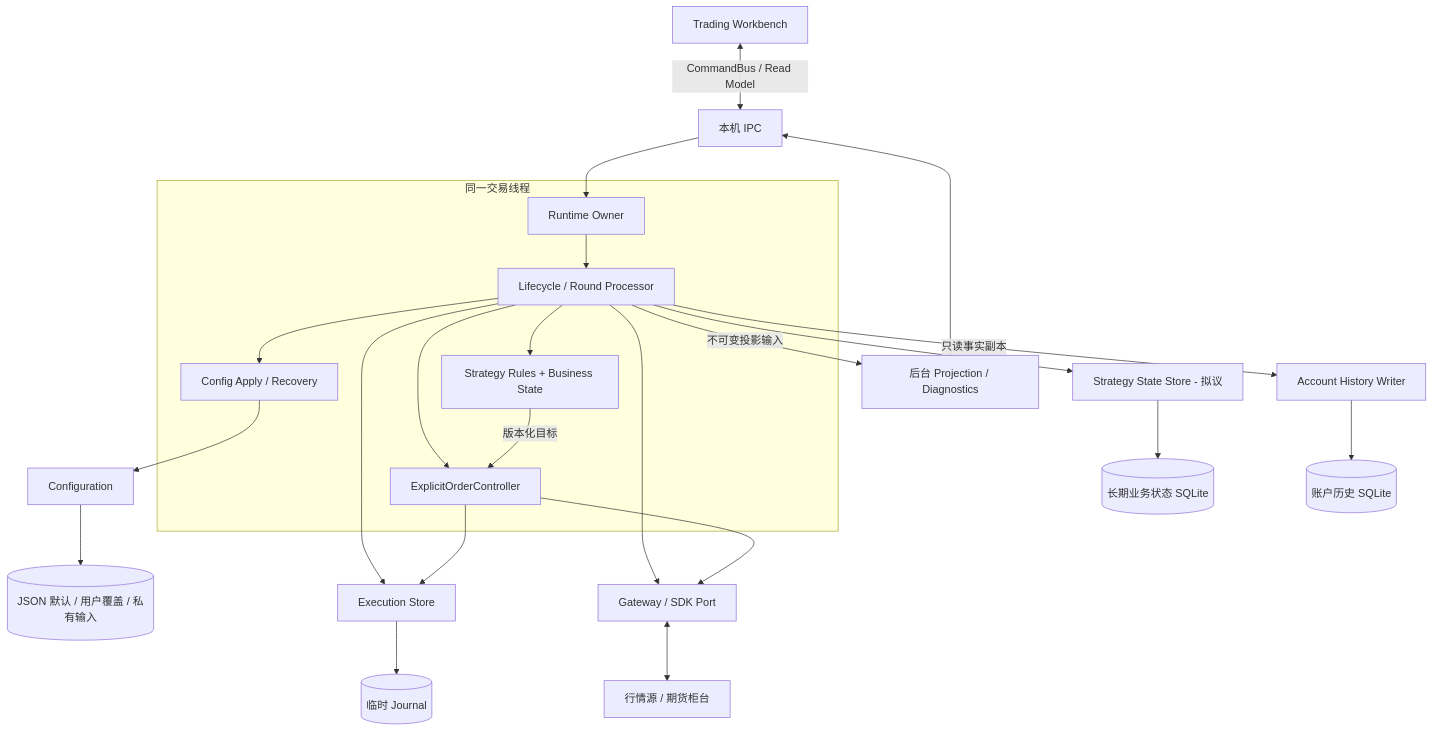
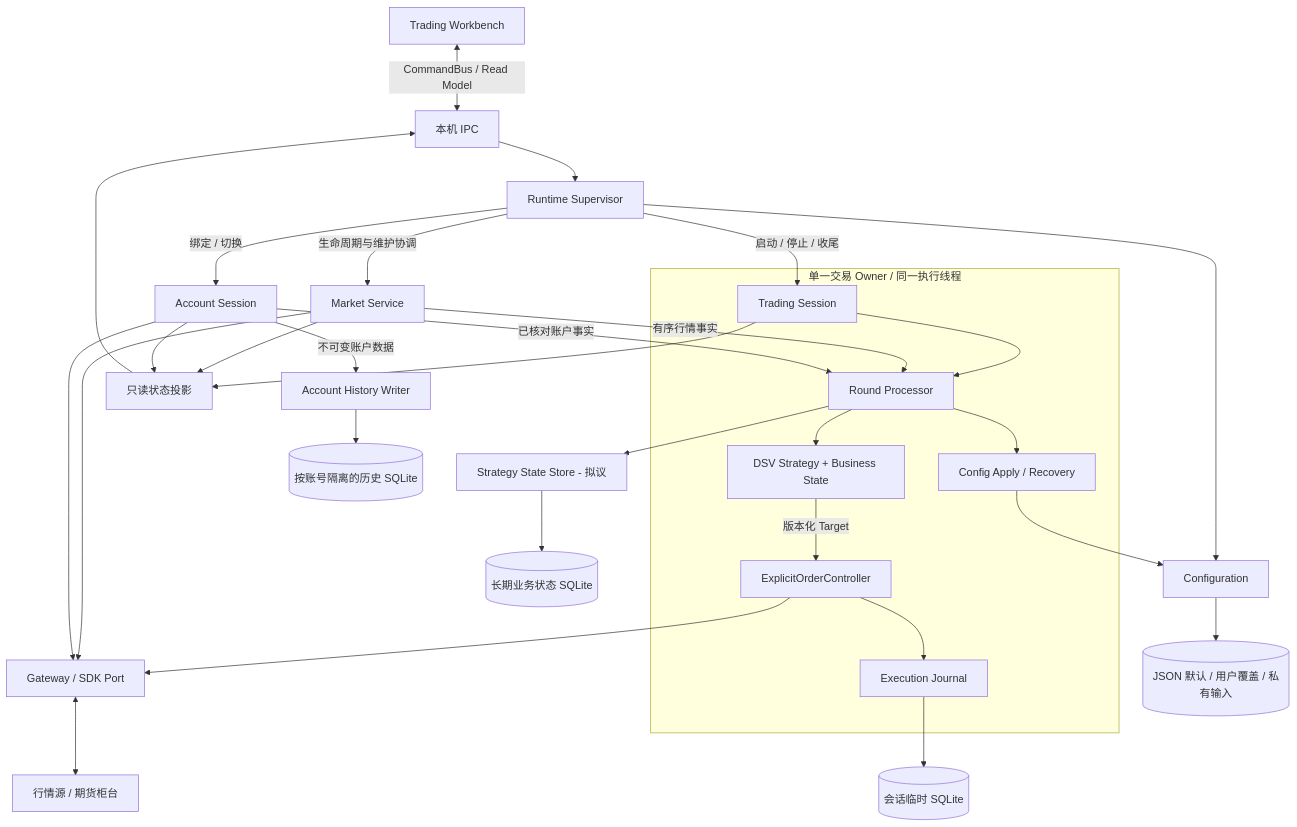
Before and after one commit to Yoruto/OnlineTrader: the first of 7 diagrams in docs/refactor/configuration-persistence-runtime-architecture-20261124.md, drawn with Mermaid. The commit also changed other lines of this file, not shown here.

Commit message:
docs: revise base architecture with runtime lifecycle and trading session separation

````diff
--- a/docs/refactor/configuration-persistence-runtime-architecture-20261124.md
+++ b/docs/refactor/configuration-persistence-runtime-architecture-20261124.md
@@ -53,26 +60,33 @@
 ```mermaid
 flowchart TD
     W[Trading Workbench] <-->|CommandBus / Read Model| IPC[本机 IPC]
-    IPC --> R[Runtime Owner]
-    subgraph CORE[同一交易线程]
-      R --> L[Lifecycle / Round Processor]
-      L --> S[Strategy Rules + Business State]
-      L --> E[ExplicitOrderController]
-      S -->|版本化目标| E
-      L --> A[Config Apply / Recovery]
+    IPC --> SUP[Runtime Supervisor]
+    SUP -->|生命周期与维护协调| M[Market Service]
+    SUP -->|绑定 / 切换| A[Account Session]
+    SUP -->|启动 / 停止 / 收尾| T[Trading Session]
+    subgraph OWNER[单一交易 Owner / 同一执行线程]
+      T --> R[Round Processor]
+      R --> S[DSV Strategy + Business State]
+      S -->|版本化 Target| E[ExplicitOrderController]
+      R --> C[Config Apply / Recovery]
+      E --> J[Execution Journal]
     end
-    A --> C[Configuration]
-    C --> F[(JSON 默认 / 用户覆盖 / 私有输入)]
-    L --> J[Execution Store]
-    E --> J
-    J --> T[(临时 Journal)]
-    L --> B[Strategy State Store - 拟议]
-    B --> D[(长期业务状态 SQLite)]
-    L --> G[Gateway / SDK Port]
+    M --> G[Gateway / SDK Port]
+    A --> G
     E --> G
     G <--> X[行情源 / 期货柜台]
-    L -->|只读事实副本| H[Account History Writer]
-    H --> Q[(账户历史 SQLite)]
-    L -->|不可变投影输入| P[后台 Projection / Diagnostics]
+    M -->|有序行情事实| R
+    A -->|已核对账户事实| R
+    SUP --> CF[Configuration]
+    C --> CF
+    CF --> F[(JSON 默认 / 用户覆盖 / 私有输入)]
+    J --> TMP[(会话临时 SQLite)]
+    R --> B[Strategy State Store - 拟议]
+    B --> D[(长期业务状态 SQLite)]
+    A -->|不可变账户数据| H[Account History Writer]
+    H --> Q[(按账号隔离的历史 SQLite)]
+    M --> P[只读状态投影]
+    A --> P
+    T --> P
     P --> IPC
 ```
````
